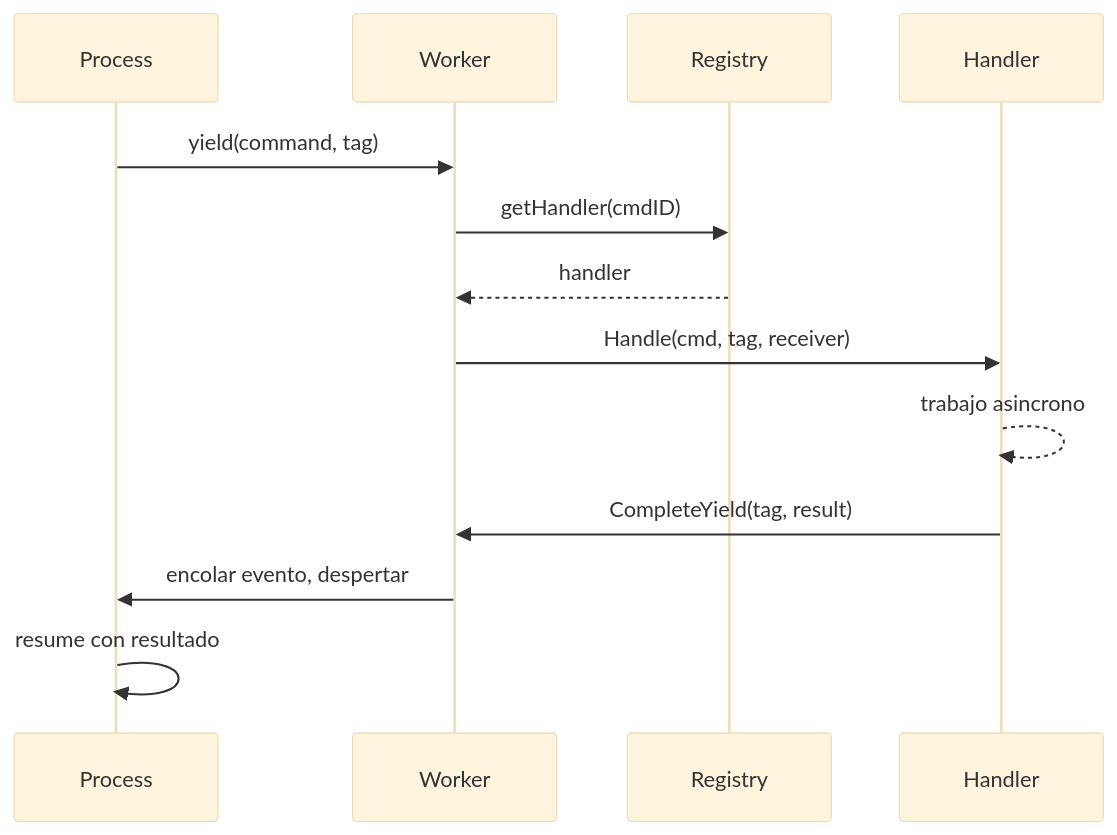
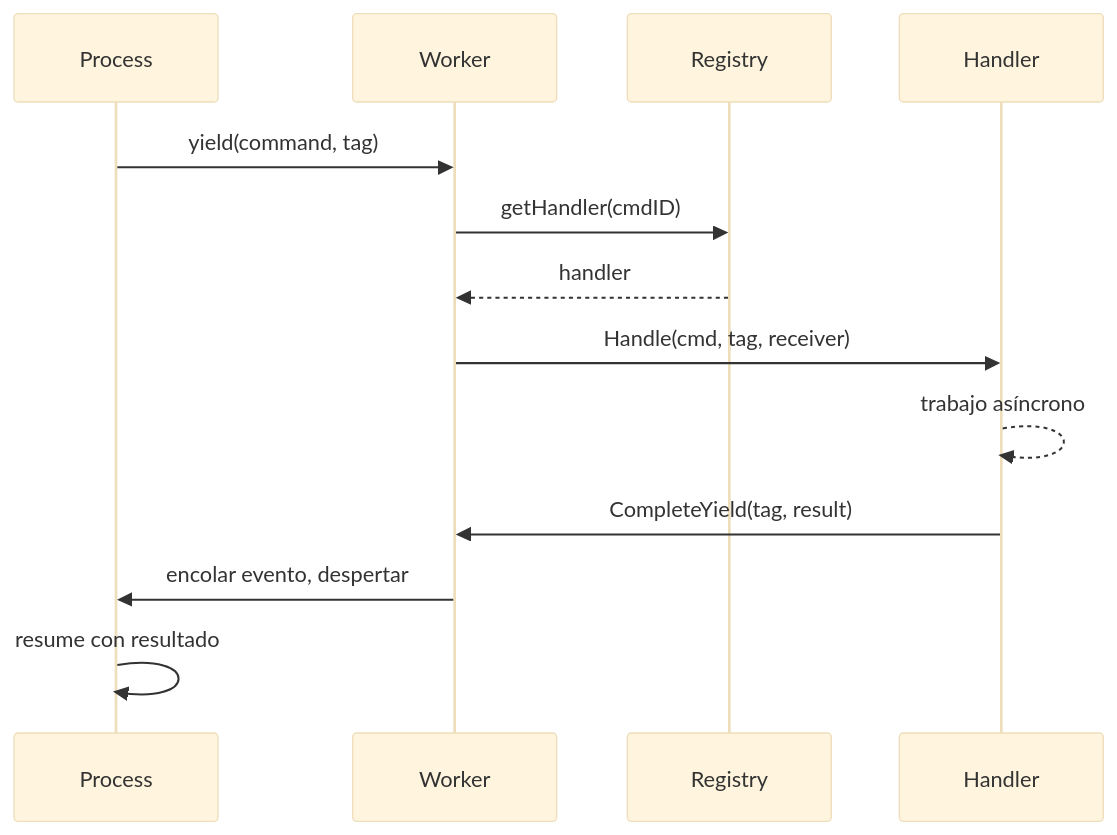
One commit to wippyai/docs changed the diagram in es/internals/dispatch.md. Above: the diagram before and after it, drawn with Mermaid (base theme). The commit also changed other lines of this file and 196 other files, not shown here.

````diff
--- a/es/internals/dispatch.md
+++ b/es/internals/dispatch.md
@@ -7,16 +7,16 @@
 ```mermaid
 sequenceDiagram
     participant P as Process
     participant W as Worker
     participant R as Registry
     participant H as Handler
 
     P->>W: yield(command, tag)
     W->>R: getHandler(cmdID)
     R-->>W: handler
     W->>H: Handle(cmd, tag, receiver)
-    H-->>H: trabajo asincrono
+    H-->>H: trabajo asíncrono
     H->>W: CompleteYield(tag, result)
     W->>P: encolar evento, despertar
     P->>P: resume con resultado
 ```
````
